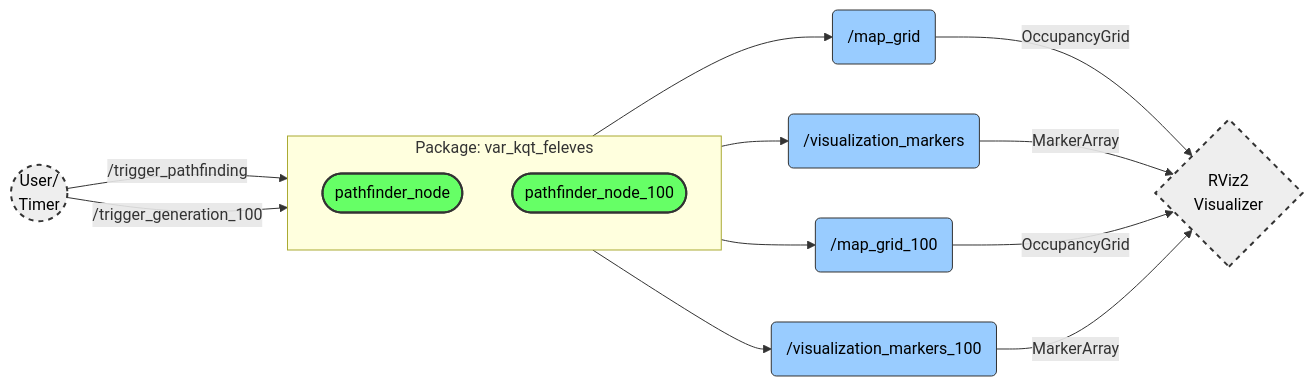
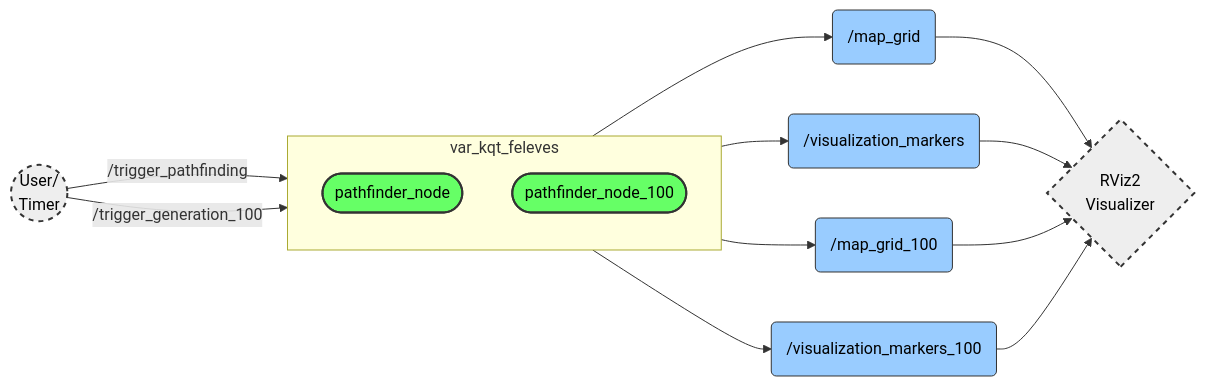
One commit to dzoli15/var_kqt_feleves changed the second of 2 diagrams in README.md. Above: the diagram before and after it, drawn with Mermaid. The commit also changed other lines of this file, not shown here.

````diff
--- a/README.md
+++ b/README.md
@@ -308,48 +338,29 @@
 ```mermaid
 graph LR
-    %% --- Style Definitions (Fixed: Black text) ---
-    %% color:black set everywhere for visibility
+    %% Styles
     classDef service fill:#ff9900,stroke:#333,stroke-width:1px,color:black;
     classDef topic fill:#99ccff,stroke:#333,stroke-width:1px,color:black;
     classDef node fill:#66ff66,stroke:#333,stroke-width:2px,color:black;
     classDef external fill:#eeeeee,stroke:#333,stroke-dasharray: 5 5,color:black;
 
-    %% --- External Actors ---
     User((User/<br>Timer)):::external
     RViz{RViz2<br>Visualizer}:::external
 
-    %% --- Internal Package Structure ---
-    subgraph Package [Package: var_kqt_feleves]
+    subgraph Package [var_kqt_feleves]
         direction TB
-        
-        %% Node 1: Small (Basic)
         PF_Basic([pathfinder_node]):::node
-        
-        %% Node 2: Large (100)
         PF_100([pathfinder_node_100]):::node
     end
 
-    %% --- Data Flow 1: Basic Node (15x15) ---
-    %% Input (Service)
+    %% Data Flow 1 (Small)
     User -- "/trigger_pathfinding" --> PF_Basic
-    
-    %% Output (Topics)
     PF_Basic --> T1(/map_grid):::topic
     PF_Basic --> T2(/visualization_markers):::topic
-    
-    %% Visualization
-    T1 -- OccupancyGrid --> RViz
-    T2 -- MarkerArray --> RViz
+    T1 & T2 --> RViz
 
-    %% --- Data Flow 2: Large Node (100x100) ---
-    %% Input (Service)
+    %% Data Flow 2 (Large)
     User -- "/trigger_generation_100" --> PF_100
-    
-    %% Output (Topics)
     PF_100 --> T3(/map_grid_100):::topic
     PF_100 --> T4(/visualization_markers_100):::topic
-
-    %% Visualization
-    T3 -- OccupancyGrid --> RViz
-    T4 -- MarkerArray --> RViz
+    T3 & T4 --> RViz
 ```
````
